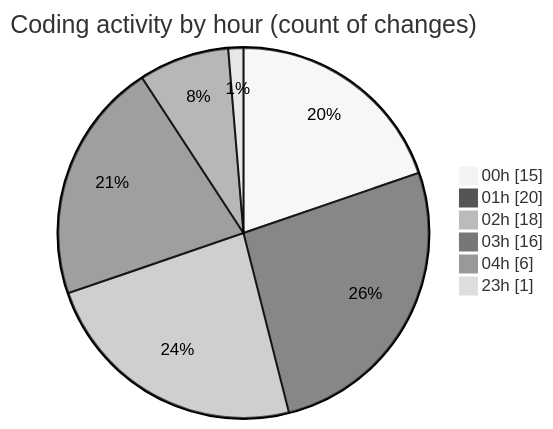
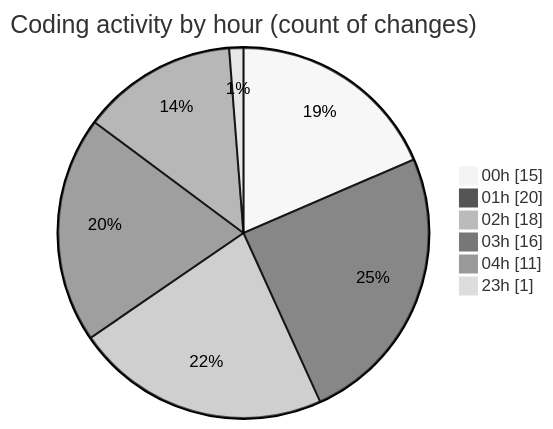
One commit to lephambinh05/code-tracking changed the second of 2 diagrams in 2025-08-04/studybuddy/README.md. Above: the diagram before and after it, drawn with Mermaid (neutral theme). The commit also changed other lines of this file and 1 other file, not shown here.

````diff
--- a/2025-08-04/studybuddy/README.md
+++ b/2025-08-04/studybuddy/README.md
@@ -52,10 +53,10 @@
 ```mermaid
 pie showData
 title Coding activity by hour (count of changes)
 "00h" : 15
 "01h" : 20
 "02h" : 18
 "03h" : 16
-"04h" : 6
+"04h" : 11
 "23h" : 1
 ```
````
